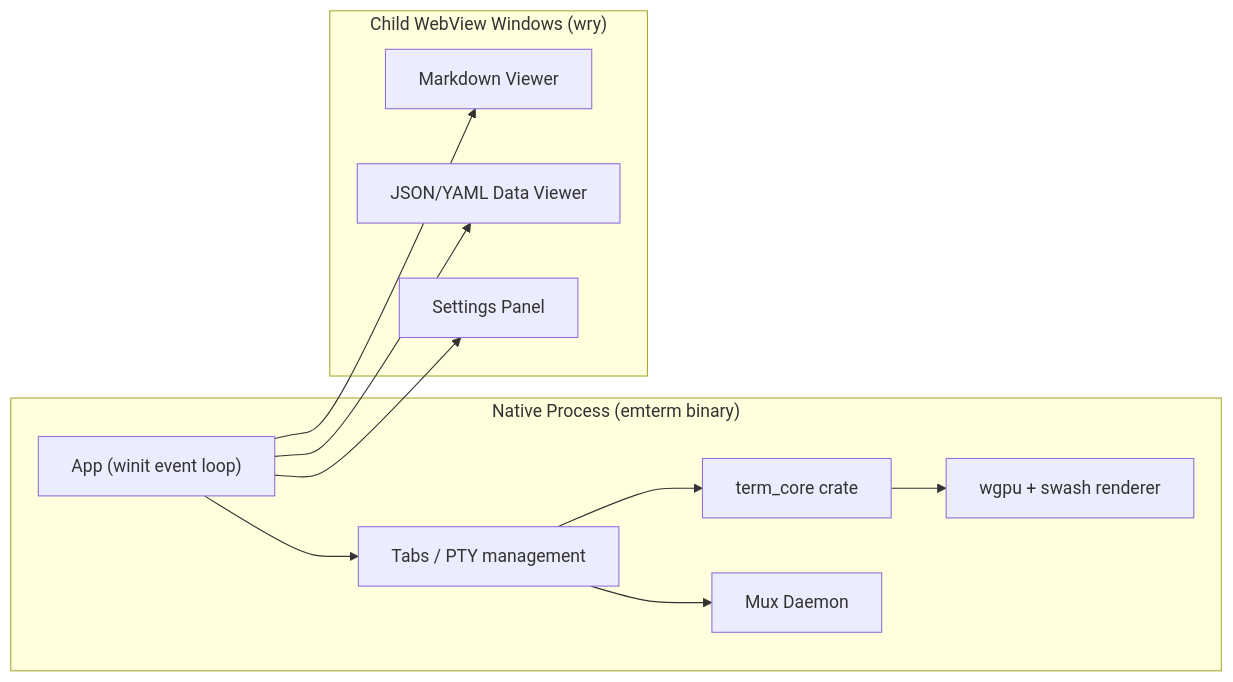
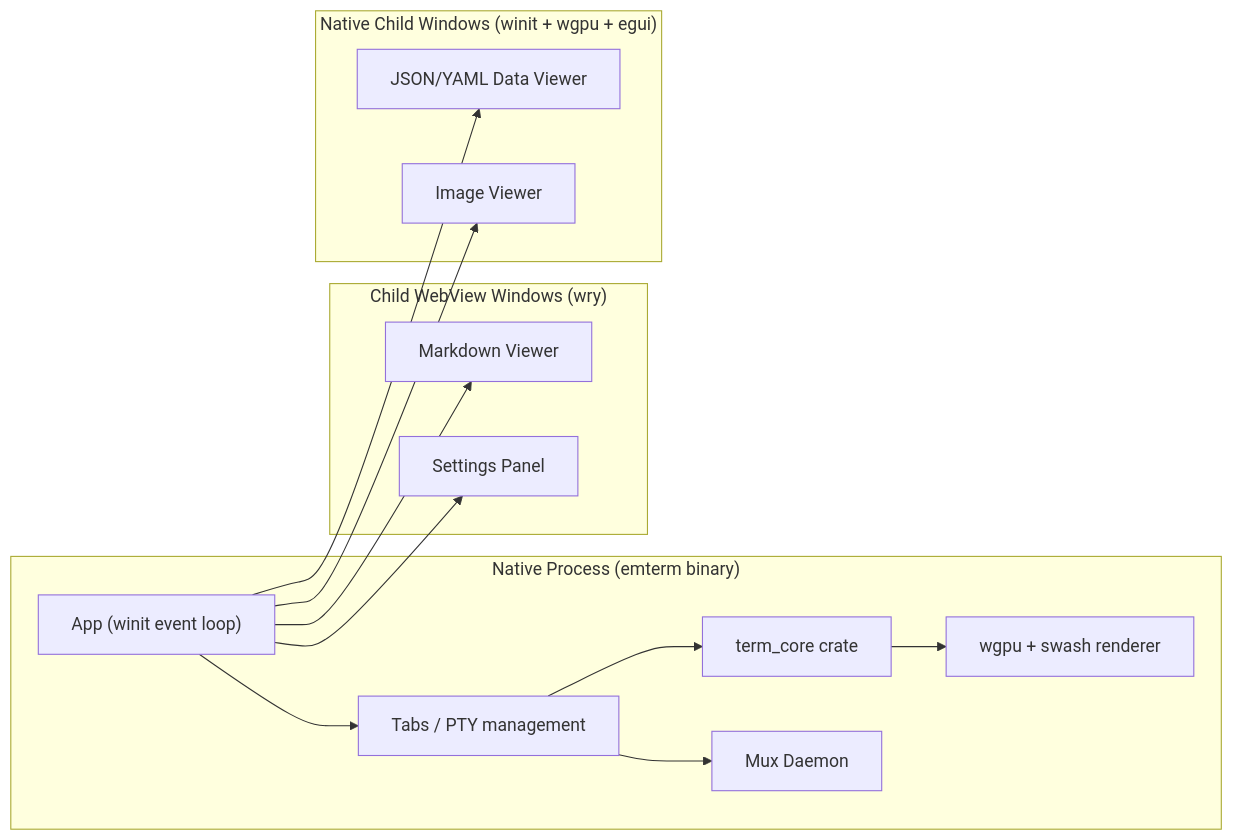
The second of 2 diagrams in doc/SPECIFICATION.md (m-m-n/emterm), drawn with Mermaid before and after one commit. The commit also changed other lines of this file and 2 other files, not shown here.

````diff
--- a/doc/SPECIFICATION.md
+++ b/doc/SPECIFICATION.md
@@ -32,24 +32,29 @@
 ```mermaid
 graph LR
     subgraph Native["Native Process (emterm binary)"]
         App["App (winit event loop)"]
         Tabs["Tabs / PTY management"]
         TermCore["term_core crate"]
         Renderer["wgpu + swash renderer"]
         MuxDaemon["Mux Daemon"]
     end
 
     subgraph ChildWebViews["Child WebView Windows (wry)"]
         MarkdownViewer["Markdown Viewer"]
+        SettingsPanel["Settings Panel"]
+    end
+
+    subgraph NativeChildWindows["Native Child Windows (winit + wgpu + egui)"]
         DataViewer["JSON/YAML Data Viewer"]
-        SettingsPanel["Settings Panel"]
+        ImageViewer["Image Viewer"]
     end
 
     App --> Tabs
     Tabs --> TermCore
     TermCore --> Renderer
     App --> MarkdownViewer
     App --> DataViewer
+    App --> ImageViewer
     App --> SettingsPanel
     Tabs --> MuxDaemon
 ```
````
